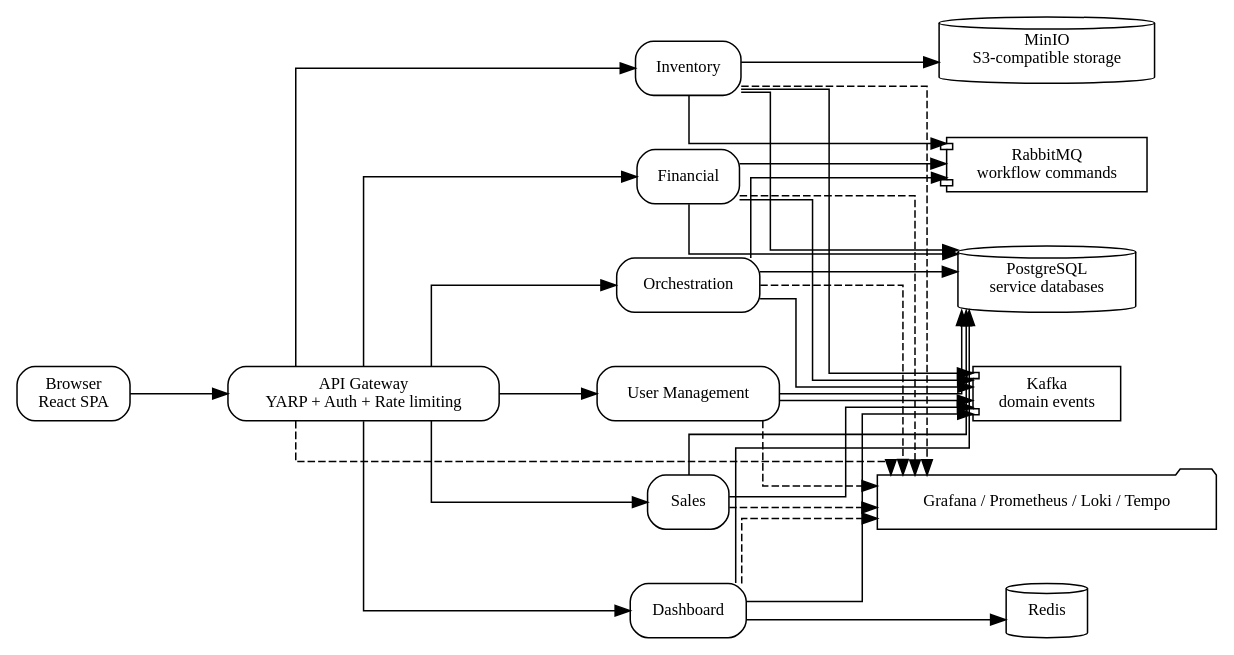
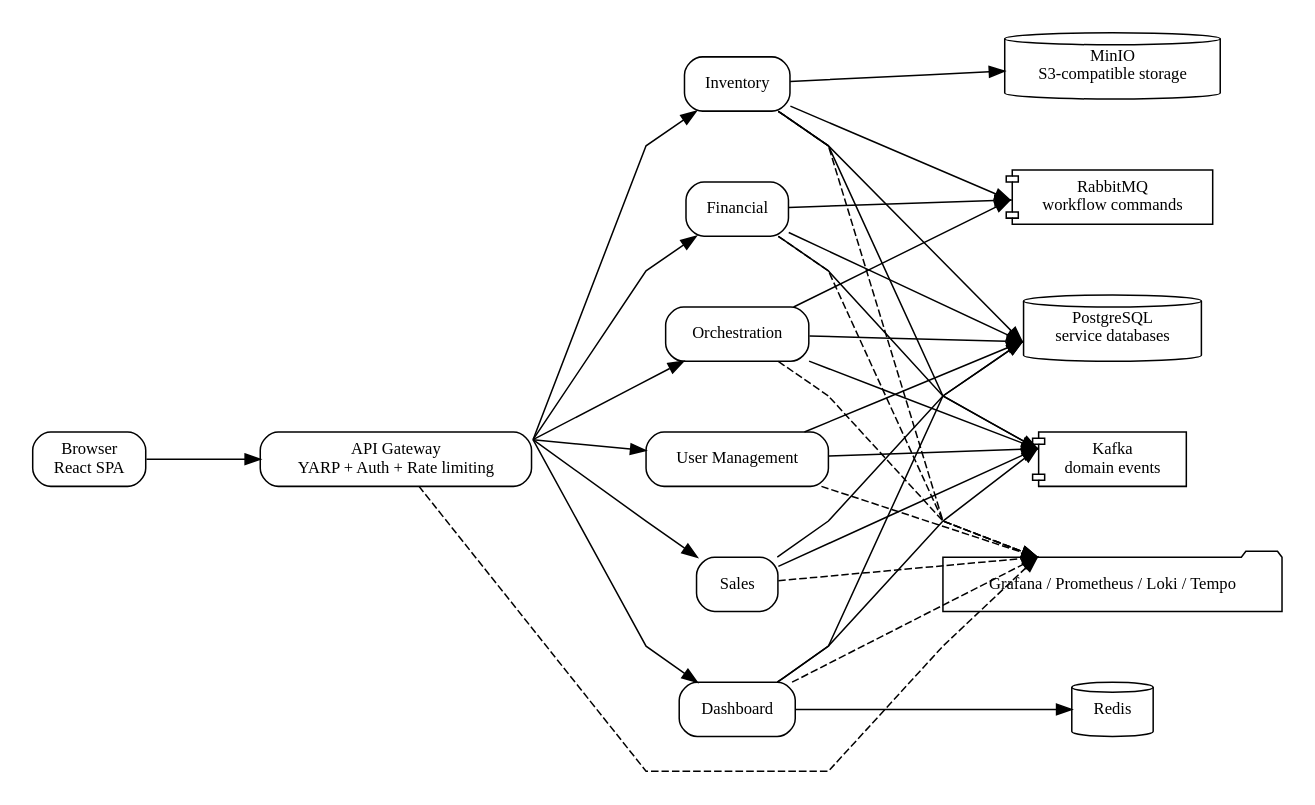
Before and after one commit to danielroth1/ERPDemo: the diagram in docs/erp-demo/docs/diagrams/system-architecture.dot, drawn with Graphviz. The commit also changed 35 other files, not shown here.

```diff
--- a/docs/erp-demo/docs/diagrams/system-architecture.dot
+++ b/docs/erp-demo/docs/diagrams/system-architecture.dot
@@ -1,60 +1,61 @@
 digraph architecture {
   rankdir=LR;
-  graph [nodesep=0.5, ranksep=0.9, splines=ortho];
+  graph [nodesep=0.65, ranksep=1.05, pad=0.2, splines=polyline, concentrate=true];
   node [shape=box, style="rounded", fontsize=11];
+  edge [penwidth=1];
 
   browser [label="Browser\nReact SPA"];
   gateway [label="API Gateway\nYARP + Auth + Rate limiting"];
 
   users [label="User Management"];
   inventory [label="Inventory"];
   sales [label="Sales"];
   financial [label="Financial"];
   dashboard [label="Dashboard"];
   orchestration [label="Orchestration"];
 
   postgres [label="PostgreSQL\nservice databases", shape=cylinder];
   kafka [label="Kafka\ndomain events", shape=component];
   rabbit [label="RabbitMQ\nworkflow commands", shape=component];
   redis [label="Redis", shape=cylinder];
   minio [label="MinIO\nS3-compatible storage", shape=cylinder];
   obs [label="Grafana / Prometheus / Loki / Tempo", shape=folder];
 
   browser -> gateway;
 
-  gateway -> users;
-  gateway -> inventory;
-  gateway -> sales;
-  gateway -> financial;
-  gateway -> dashboard;
-  gateway -> orchestration;
+  gateway -> users [sametail=gw];
+  gateway -> inventory [sametail=gw];
+  gateway -> sales [sametail=gw];
+  gateway -> financial [sametail=gw];
+  gateway -> dashboard [sametail=gw];
+  gateway -> orchestration [sametail=gw];
 
-  users -> postgres;
-  inventory -> postgres;
-  sales -> postgres;
-  financial -> postgres;
-  dashboard -> postgres;
-  orchestration -> postgres;
+  users -> postgres [samehead=pg];
+  inventory -> postgres [samehead=pg];
+  sales -> postgres [samehead=pg];
+  financial -> postgres [samehead=pg];
+  dashboard -> postgres [samehead=pg];
+  orchestration -> postgres [samehead=pg];
 
   inventory -> minio;
   dashboard -> redis;
 
-  users -> kafka;
-  inventory -> kafka;
-  sales -> kafka;
-  financial -> kafka;
-  orchestration -> kafka;
-  dashboard -> kafka;
+  users -> kafka [samehead=events];
+  inventory -> kafka [samehead=events];
+  sales -> kafka [samehead=events];
+  financial -> kafka [samehead=events];
+  orchestration -> kafka [samehead=events];
+  dashboard -> kafka [samehead=events];
 
-  orchestration -> rabbit;
-  inventory -> rabbit;
-  financial -> rabbit;
+  orchestration -> rabbit [samehead=commands];
+  inventory -> rabbit [samehead=commands];
+  financial -> rabbit [samehead=commands];
 
-  gateway -> obs [style=dashed];
-  users -> obs [style=dashed];
-  inventory -> obs [style=dashed];
-  sales -> obs [style=dashed];
-  financial -> obs [style=dashed];
-  dashboard -> obs [style=dashed];
-  orchestration -> obs [style=dashed];
+  gateway -> obs [style=dashed, samehead=telemetry];
+  users -> obs [style=dashed, samehead=telemetry];
+  inventory -> obs [style=dashed, samehead=telemetry];
+  sales -> obs [style=dashed, samehead=telemetry];
+  financial -> obs [style=dashed, samehead=telemetry];
+  dashboard -> obs [style=dashed, samehead=telemetry];
+  orchestration -> obs [style=dashed, samehead=telemetry];
 }
```
